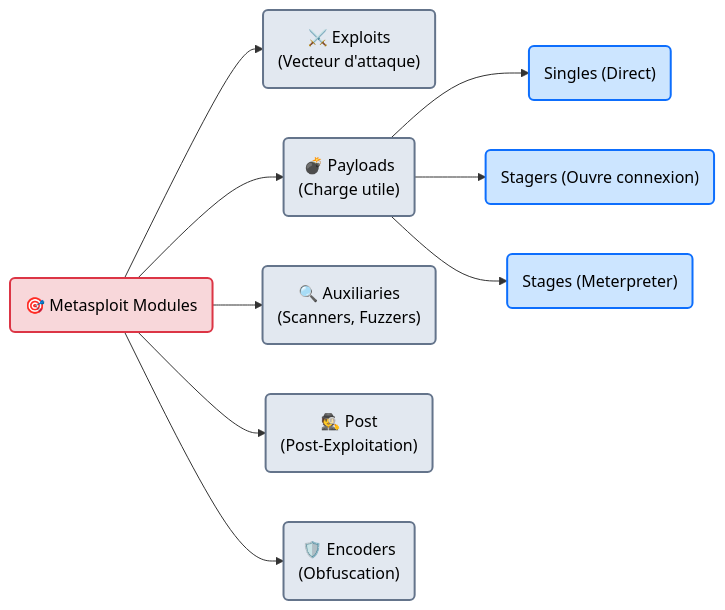
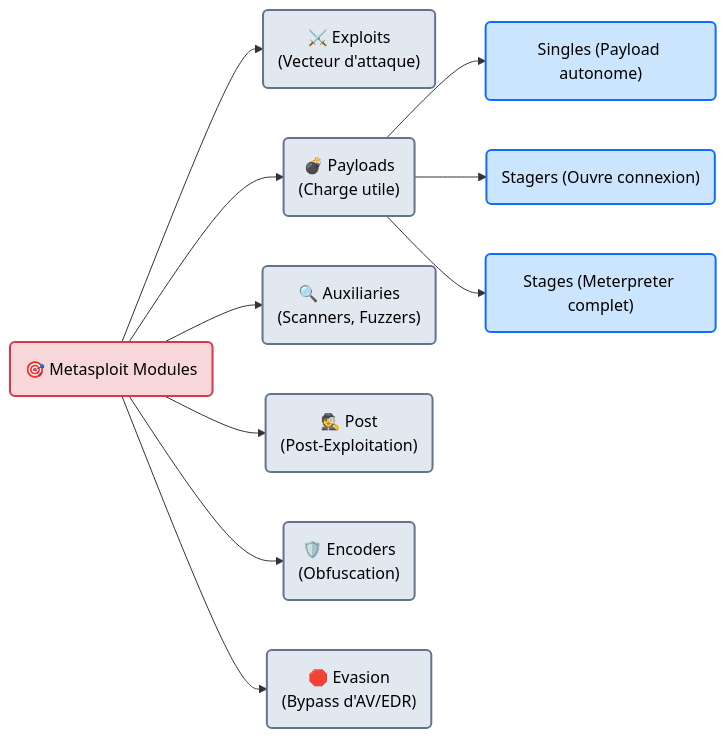
The first of 2 diagrams in docs/cyber/tools/exploit/metasploit.md (zyrass/omnydocs), drawn with Mermaid before and after one commit. The commit also changed other lines of this file and 1780 other files, not shown here.

````diff
--- a/docs/cyber/tools/exploit/metasploit.md
+++ b/docs/cyber/tools/exploit/metasploit.md
@@ -37,21 +37,22 @@
 ```mermaid
 flowchart LR
     %% Couleurs à fort contraste
     classDef root fill:#f8d7da,stroke:#dc3545,stroke-width:2px,color:#000
     classDef category fill:#e2e8f0,stroke:#64748b,stroke-width:2px,color:#000
     classDef sub fill:#cce5ff,stroke:#0d6efd,stroke-width:2px,color:#000
 
     A("🎯 Metasploit Modules") --> B("⚔️ Exploits<br>(Vecteur d'attaque)")
     A --> C("💣 Payloads<br>(Charge utile)")
     A --> D("🔍 Auxiliaries<br>(Scanners, Fuzzers)")
     A --> E("🕵️ Post<br>(Post-Exploitation)")
     A --> F("🛡️ Encoders<br>(Obfuscation)")
+    A --> G("🛑 Evasion<br>(Bypass d'AV/EDR)")
 
-    C --> C1("Singles (Direct)")
+    C --> C1("Singles (Payload autonome)")
     C --> C2("Stagers (Ouvre connexion)")
-    C --> C3("Stages (Meterpreter)")
+    C --> C3("Stages (Meterpreter complet)")
 
     class A root
-    class B,C,D,E,F category
+    class B,C,D,E,F,G category
     class C1,C2,C3 sub
 ```
````
